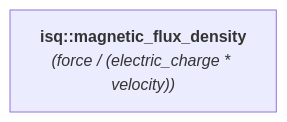
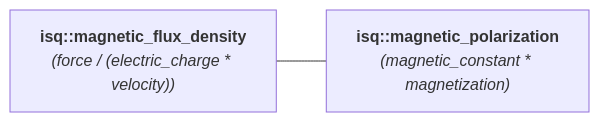
One commit to mpusz/mp-units changed the diagram in docs/reference/systems_reference/hierarchies/magnetic_flux_density.md. Above: the diagram before and after it, drawn with Mermaid. The commit also changed 38 other files, not shown here.

````diff
--- a/docs/reference/systems_reference/hierarchies/magnetic_flux_density.md
+++ b/docs/reference/systems_reference/hierarchies/magnetic_flux_density.md
@@ -8,4 +8,6 @@
 ```mermaid
 flowchart LR
     isq_magnetic_flux_density["<b><a href="../../systems/isq/#magnetic_flux_density" style="color: var(--md-mermaid-label-fg-color); text-decoration: none;">isq::magnetic_flux_density</a></b><br><i>(<a href="../../systems/isq/#force" style="color: var(--md-mermaid-label-fg-color); text-decoration: none;">force</a> / (<a href="../../systems/isq/#electric_charge" style="color: var(--md-mermaid-label-fg-color); text-decoration: none;">electric_charge</a> * <a href="../../systems/isq/#velocity" style="color: var(--md-mermaid-label-fg-color); text-decoration: none;">velocity</a>))</i>"]
+    isq_magnetic_polarization["<b><a href="../../systems/isq/#magnetic_polarization" style="color: var(--md-mermaid-label-fg-color); text-decoration: none;">isq::magnetic_polarization</a></b><br><i>(<a href="../../systems/isq/#magnetic_constant" style="color: var(--md-mermaid-label-fg-color); text-decoration: none;">magnetic_constant</a> * <a href="../../systems/isq/#magnetization" style="color: var(--md-mermaid-label-fg-color); text-decoration: none;">magnetization</a>)</i>"]
+    isq_magnetic_flux_density --- isq_magnetic_polarization
 ```
````
